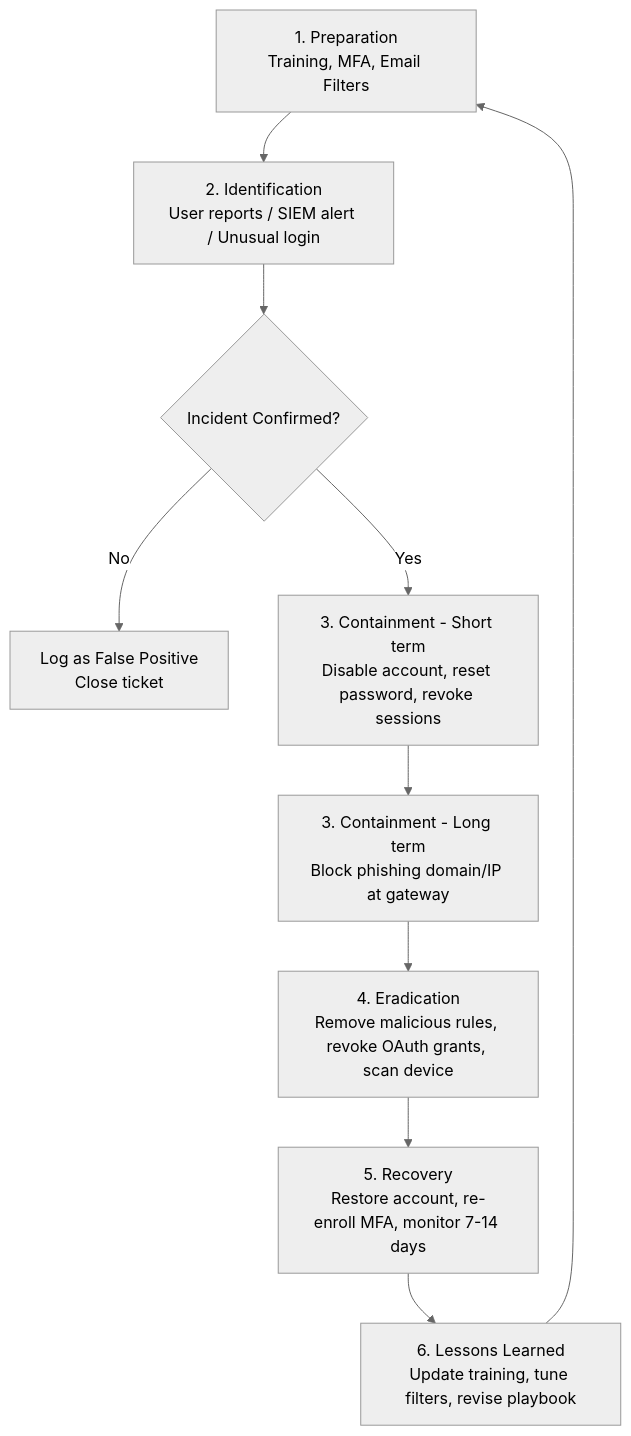
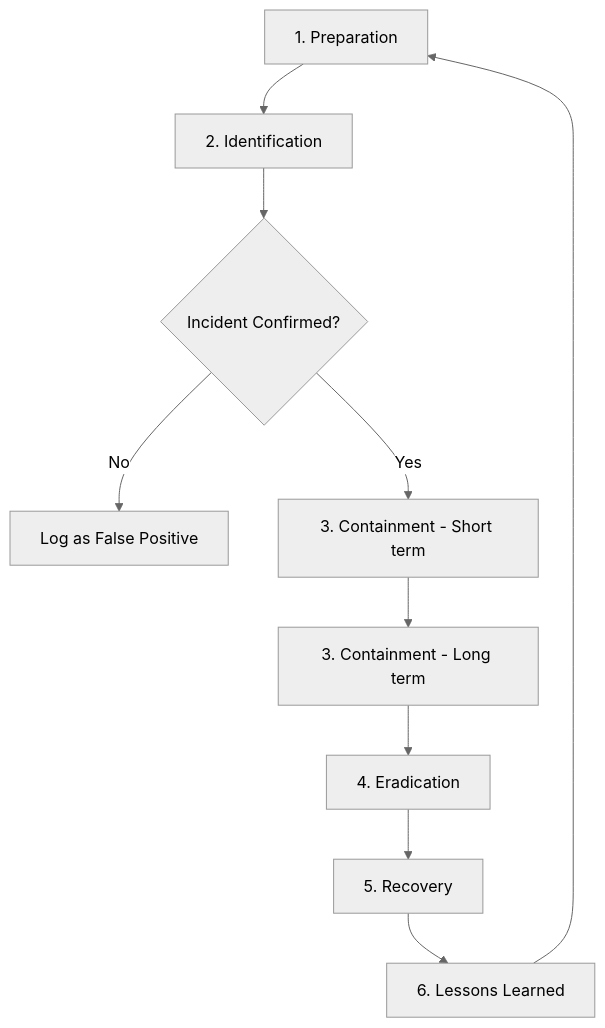
Before and after one commit to app124/ir-playbook-project: the diagram in phishing-ir-playbook.md, drawn with Mermaid (neutral theme). The commit also changed other lines of this file, not shown here.

Commit message:
Finalize IR playbook with SIEM and automation sections

````diff
--- a/phishing-ir-playbook.md
+++ b/phishing-ir-playbook.md
@@ -53,12 +105,12 @@
 ```mermaid
 flowchart TD
-    A[1. Preparation<br/>Training, MFA, Email Filters] --> B[2. Identification<br/>User reports / SIEM alert / Unusual login]
+    A[1. Preparation] --> B[2. Identification]
     B --> C{Incident Confirmed?}
-    C -->|No| Z[Log as False Positive<br/>Close ticket]
-    C -->|Yes| D[3. Containment - Short term<br/>Disable account, reset password, revoke sessions]
-    D --> E[3. Containment - Long term<br/>Block phishing domain/IP at gateway]
-    E --> F[4. Eradication<br/>Remove malicious rules, revoke OAuth grants, scan device]
-    F --> G[5. Recovery<br/>Restore account, re-enroll MFA, monitor 7-14 days]
-    G --> H[6. Lessons Learned<br/>Update training, tune filters, revise playbook]
+    C -->|No| Z[Log as False Positive]
+    C -->|Yes| D[3. Containment - Short term]
+    D --> E[3. Containment - Long term]
+    E --> F[4. Eradication]
+    F --> G[5. Recovery]
+    G --> H[6. Lessons Learned]
     H --> A
 ```
````
